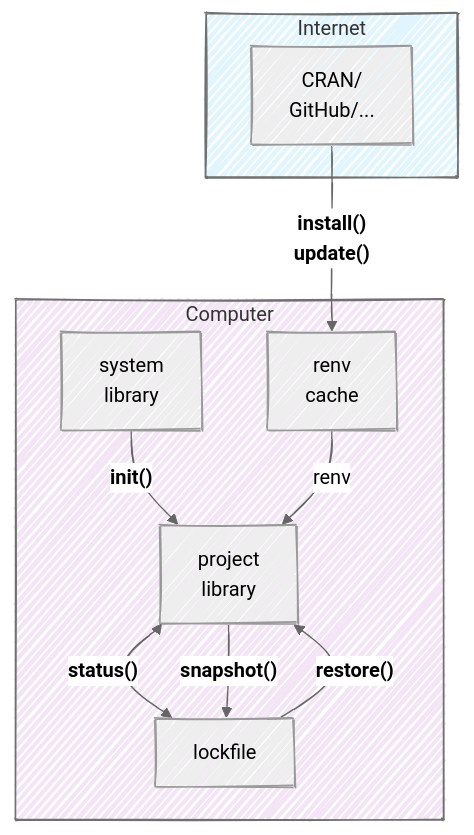
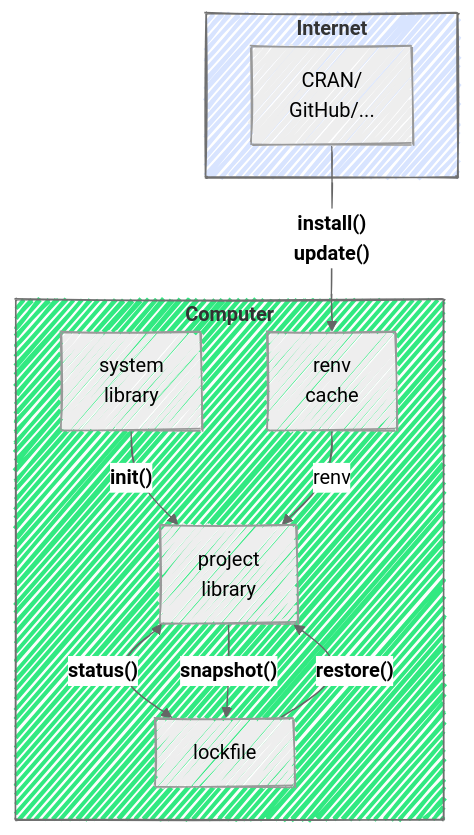
Before and after one commit to mjfrigaard/do4ds-labs: the first of 2 diagrams in lab1.qmd, drawn with Mermaid. The commit also changed other lines of this file and 38 other files, not shown here.

````diff
--- a/lab1.qmd
+++ b/lab1.qmd
@@ -161,43 +161,43 @@
 ```{mermaid}
 %%| fig-cap: 'renv'
 %%| fig-align: center
 %%{init: {'theme': 'neutral', 'look': 'handDrawn', 'themeVariables': { 'fontFamily': 'monospace', "fontSize":"16px"}}}%%
 
 flowchart TD
     %% External sources
     CRAN["CRAN/<br/>GitHub/..."]
     
     %% Local components
     SysLib["system<br/>library"]
     ProjLib["project<br/>library"]
     RenvCache["renv<br/>cache"]
     Lockfile["lockfile"]
     
     %% Subgraph for "your computer" vs "the internet"
-    subgraph Internet ["Internet"]
+    subgraph Internet ["<strong>Internet</strong>"]
         CRAN
     end
     
-    subgraph Computer ["Computer"]
+    subgraph Computer ["<strong>Computer</strong>"]
         SysLib
         ProjLib
         RenvCache
         Lockfile
     end
     
     %% Connections with function labels
     SysLib -->|"<strong>init()<strong>"| ProjLib
     
     CRAN -->|"<strong>install()</strong><br/><strong>update()</strong>"| RenvCache
     RenvCache -->|"renv"| ProjLib
     
     ProjLib <-->|"<strong>status()</strong>"| Lockfile
     ProjLib -->|"<strong>snapshot()</strong>"| Lockfile
     Lockfile -->|"<strong>restore()</strong>"| ProjLib
     
     %% Styling
-    style Internet fill:#e1f5fe
-    style Computer fill:#f3e5f5
+    style Internet fill:#d8e4ff
+    style Computer fill:#31e981
     
     
 ```
````
